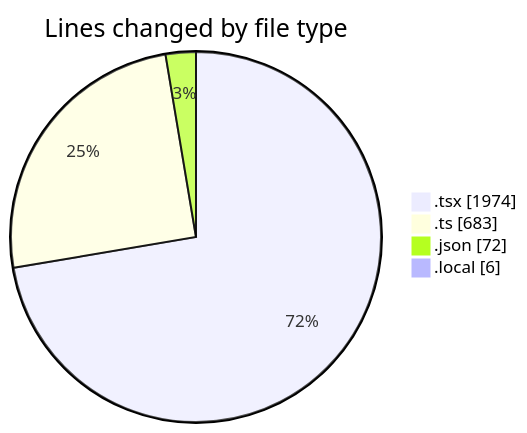
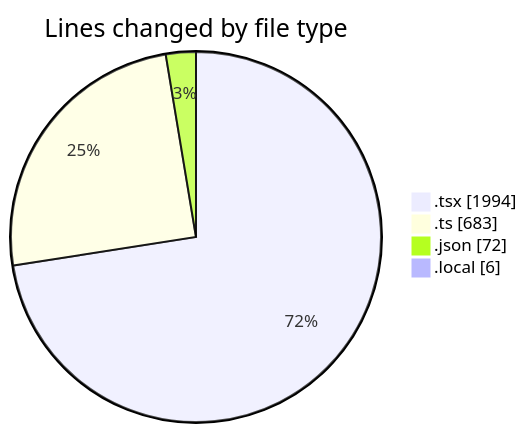
Before and after one commit to julien-gomy/code-tracking: the first of 2 diagrams in 2025-10-21/eventscop-frontend-guide__workspace_/README.md, drawn with Mermaid. The commit also changed other lines of this file and 1 other file, not shown here.

````diff
--- a/2025-10-21/eventscop-frontend-guide__workspace_/README.md
+++ b/2025-10-21/eventscop-frontend-guide__workspace_/README.md
@@ -52,8 +52,8 @@
 ```mermaid
 pie showData
 title Lines changed by file type
-".tsx" : 1974
+".tsx" : 1994
 ".ts" : 683
 ".json" : 72
 ".local" : 6
 ```
````
